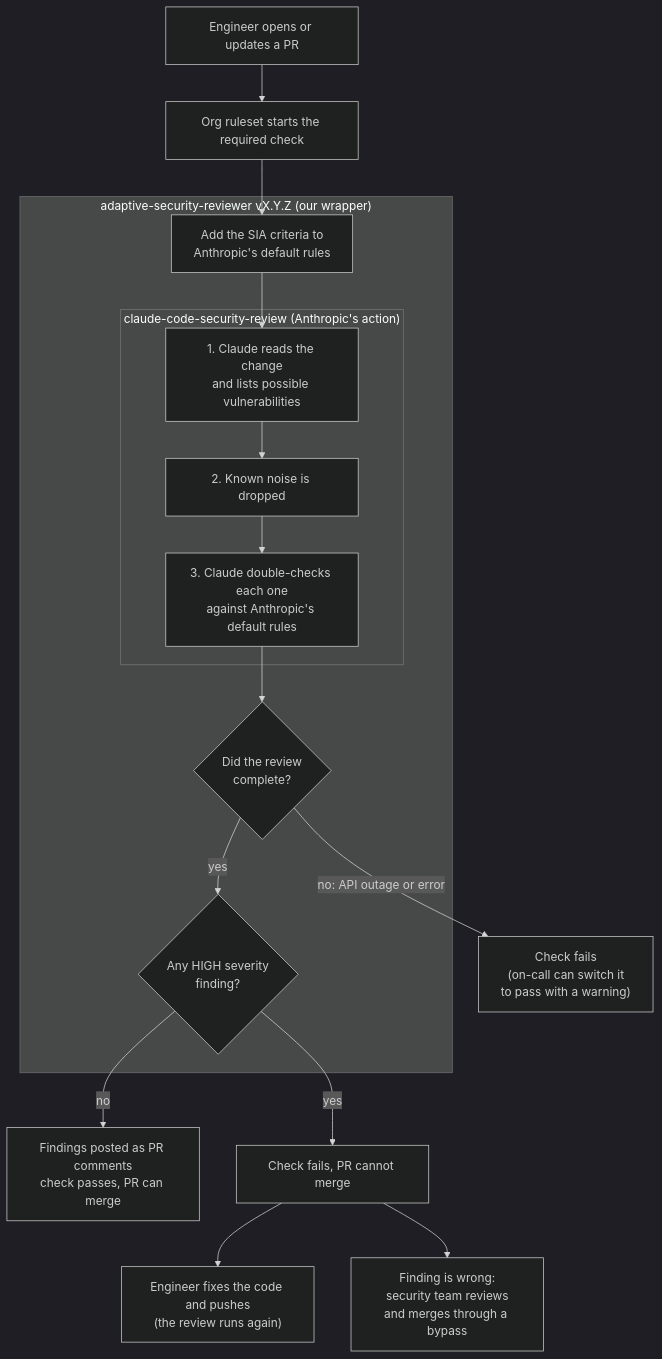
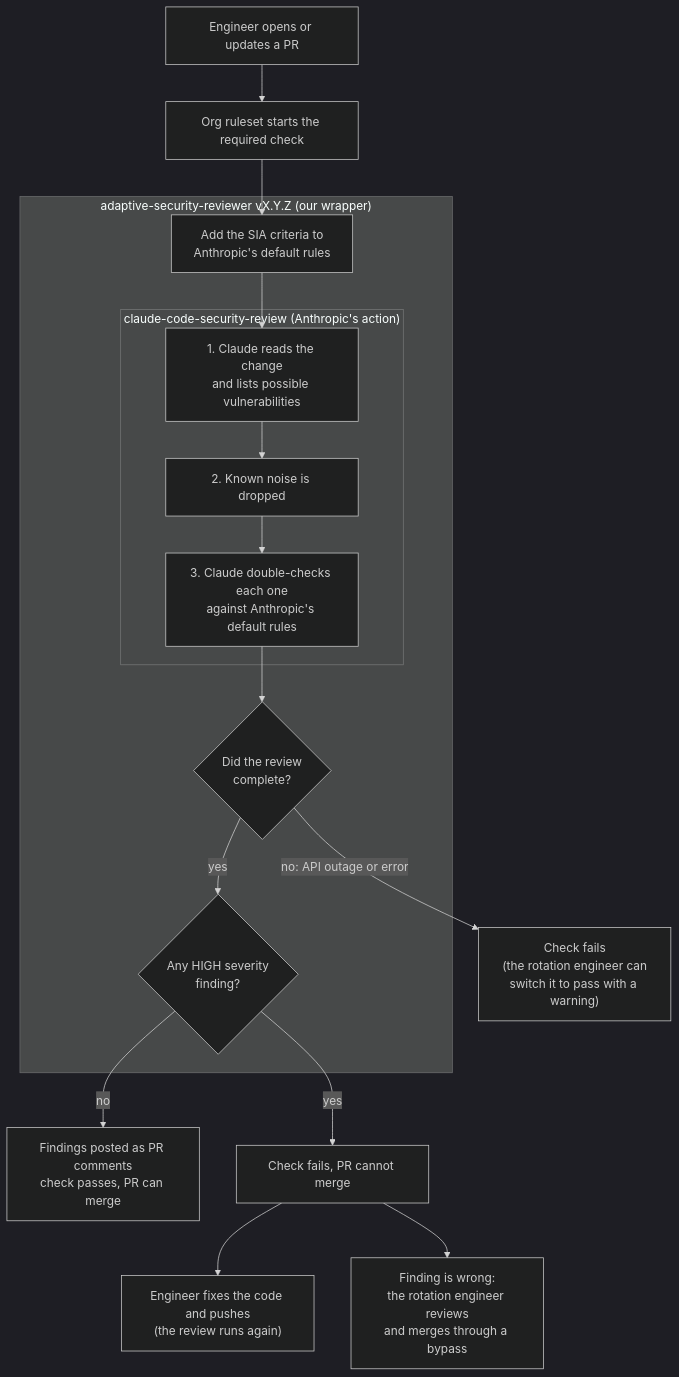
The first of 2 diagrams in docs/README.md (ssc-telec-corp/agentic-reviewer), drawn with Mermaid (dark theme) before and after one commit. The commit also changed 2 other files, not shown here.

Commit message:
Rename security on-call to rotation engineer

````diff
--- a/docs/README.md
+++ b/docs/README.md
@@ -7,25 +7,25 @@
 ```mermaid
 flowchart TD
     A["Engineer opens or updates a PR"] --> B["Org ruleset starts the required check"]
     B --> C
 
     subgraph W["adaptive-security-reviewer vX.Y.Z (our wrapper)"]
         C["Add the SIA criteria to<br/>Anthropic's default rules"]
         subgraph U["claude-code-security-review (Anthropic's action)"]
             D1["1. Claude reads the change<br/>and lists possible vulnerabilities"]
             D2["2. Known noise is dropped"]
             D3["3. Claude double-checks each one<br/>against Anthropic's default rules"]
             D1 --> D2 --> D3
         end
         C --> D1
         D3 --> E{"Did the review<br/>complete?"}
         H{"Any HIGH severity<br/>finding?"}
     end
 
-    E -- "no: API outage or error" --> G["Check fails<br/>(on-call can switch it<br/>to pass with a warning)"]
+    E -- "no: API outage or error" --> G["Check fails<br/>(the rotation engineer can<br/>switch it to pass with a warning)"]
     E -- "yes" --> H
     H -- "no" --> F["Findings posted as PR comments<br/>check passes, PR can merge"]
     H -- "yes" --> B2["Check fails, PR cannot merge"]
     B2 --> I["Engineer fixes the code and pushes<br/>(the review runs again)"]
-    B2 --> J["Finding is wrong:<br/>security team reviews<br/>and merges through a bypass"]
+    B2 --> J["Finding is wrong:<br/>the rotation engineer reviews<br/>and merges through a bypass"]
 ```
````
